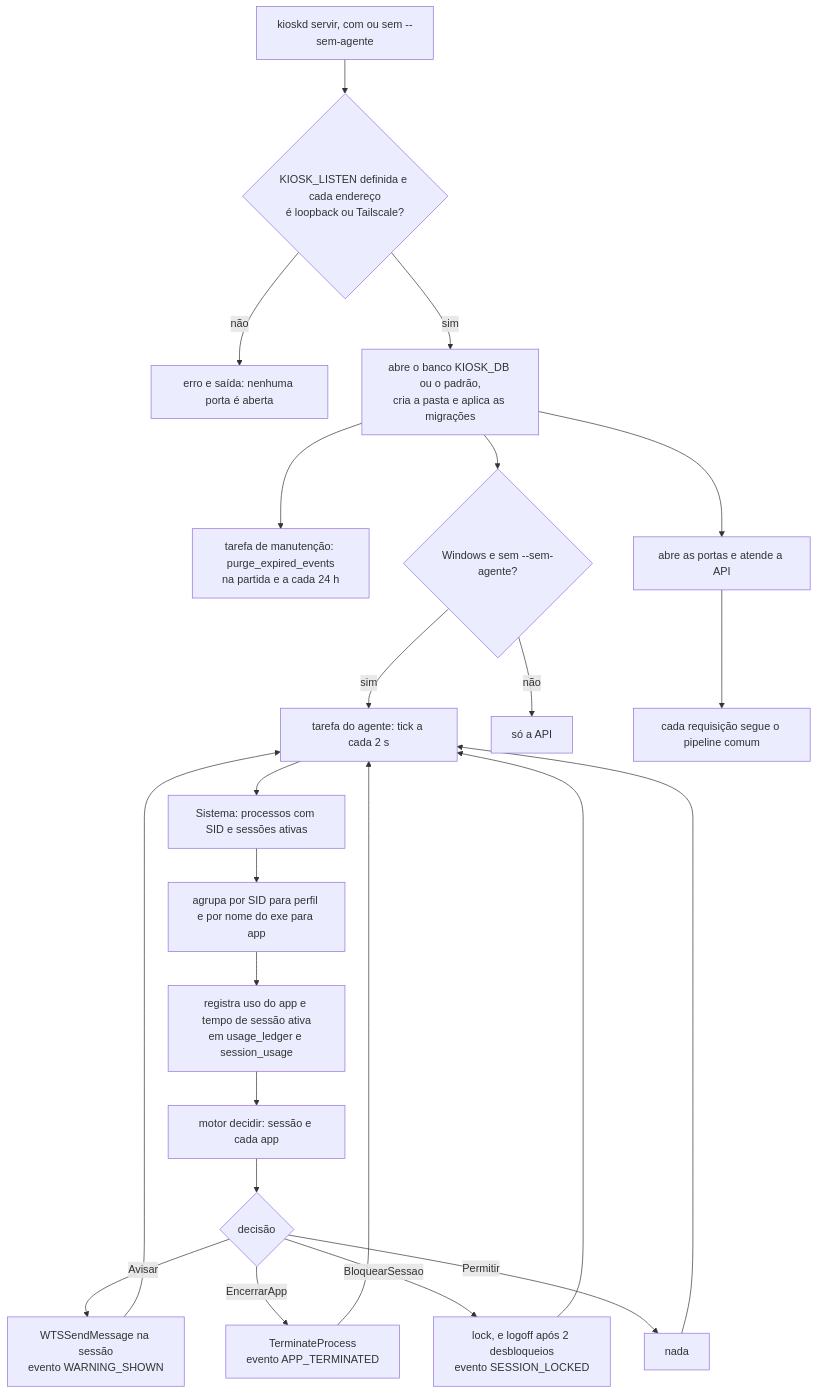
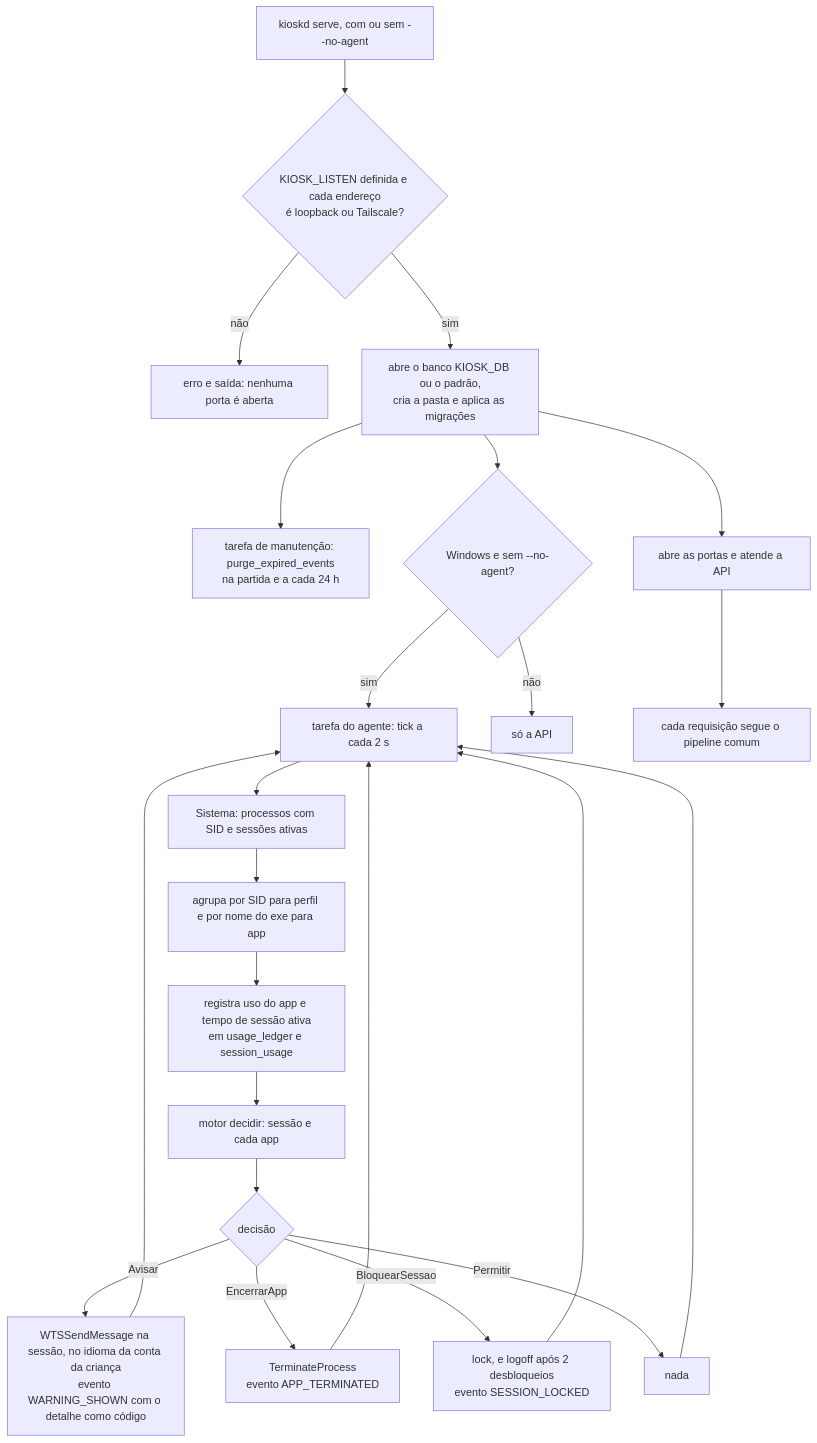
Before and after one commit to jefersonlop3s/kiosk-engine: the third of 28 diagrams in docs/architecture/fluxos-dos-comandos.md, drawn with Mermaid. The commit also changed other lines of this file and 43 other files, not shown here.

````diff
--- a/docs/architecture/fluxos-dos-comandos.md
+++ b/docs/architecture/fluxos-dos-comandos.md
@@ -62,25 +62,25 @@
 ```mermaid
 flowchart TD
-    A["kioskd servir, com ou sem --sem-agente"] --> B{"KIOSK_LISTEN definida e cada endereço<br/>é loopback ou Tailscale?"}
+    A["kioskd serve, com ou sem --no-agent"] --> B{"KIOSK_LISTEN definida e cada endereço<br/>é loopback ou Tailscale?"}
     B -->|não| E1["erro e saída: nenhuma porta é aberta"]
     B -->|sim| C["abre o banco KIOSK_DB ou o padrão,<br/>cria a pasta e aplica as migrações"]
     C --> D["tarefa de manutenção: purge_expired_events<br/>na partida e a cada 24 h"]
-    C --> F{"Windows e sem --sem-agente?"}
+    C --> F{"Windows e sem --no-agent?"}
     F -->|sim| G["tarefa do agente: tick a cada 2 s"]
     F -->|não| H["só a API"]
     C --> I["abre as portas e atende a API"]
     G --> T1["Sistema: processos com SID e sessões ativas"]
     T1 --> T2["agrupa por SID para perfil e por nome do exe para app"]
     T2 --> T3["registra uso do app e tempo de sessão ativa<br/>em usage_ledger e session_usage"]
     T3 --> T4["motor decidir: sessão e cada app"]
     T4 --> T5{"decisão"}
-    T5 -->|Avisar| T6["WTSSendMessage na sessão<br/>evento WARNING_SHOWN"]
+    T5 -->|Avisar| T6["WTSSendMessage na sessão, no idioma da conta da criança<br/>evento WARNING_SHOWN com o detalhe como código"]
     T5 -->|EncerrarApp| T7["TerminateProcess<br/>evento APP_TERMINATED"]
     T5 -->|BloquearSessao| T8["lock, e logoff após 2 desbloqueios<br/>evento SESSION_LOCKED"]
     T5 -->|Permitir| T9["nada"]
     T6 --> G
     T7 --> G
     T8 --> G
     T9 --> G
     I --> P["cada requisição segue o pipeline comum"]
 ```
````
